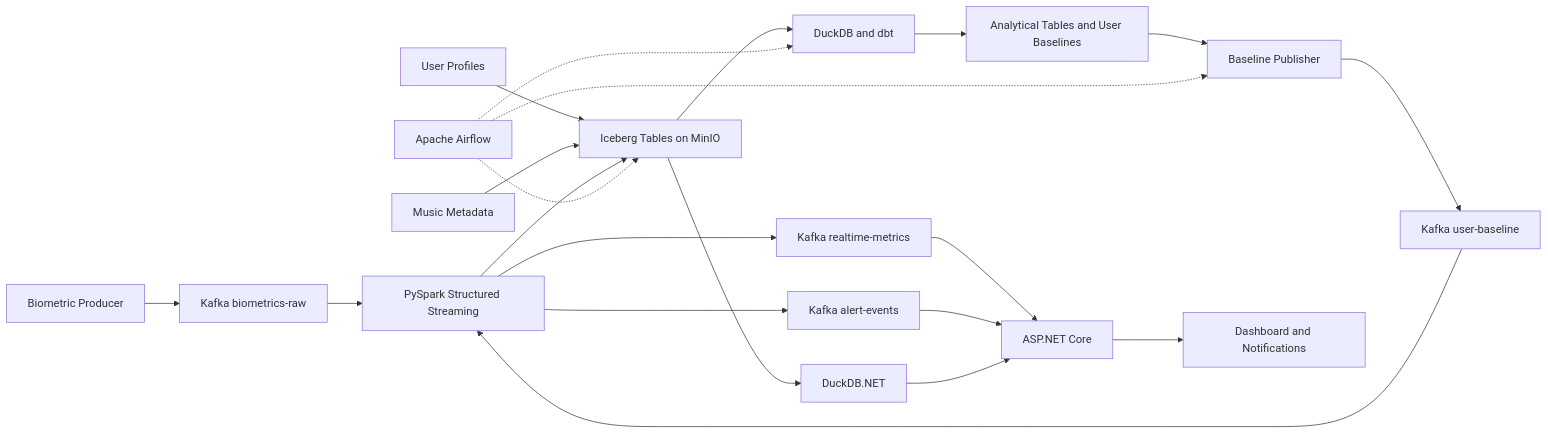
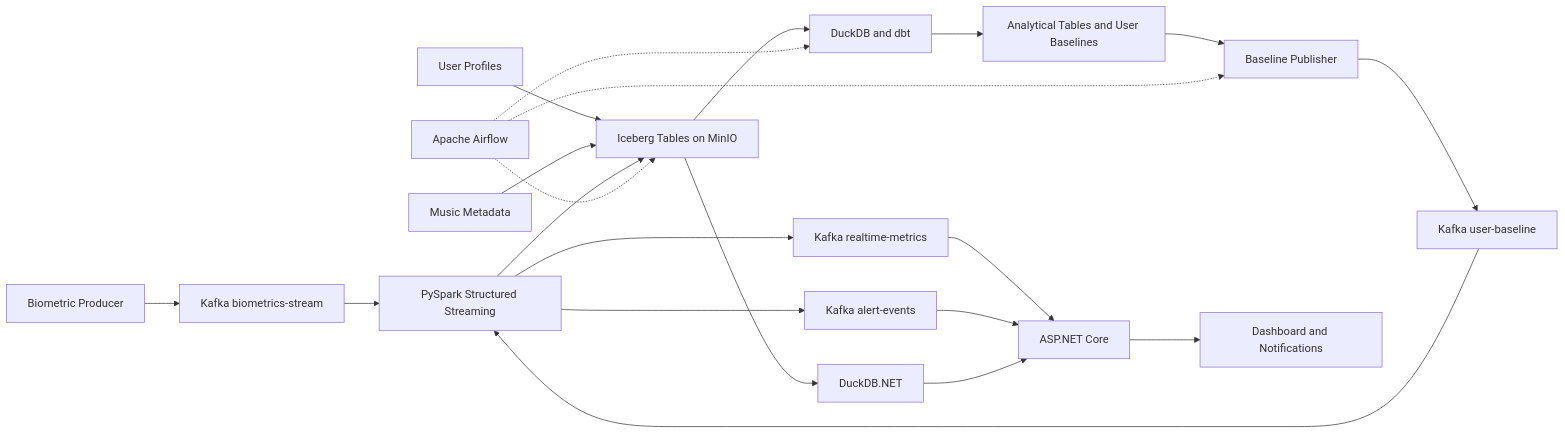
The diagram in README.md (Litaaya/Music_Biometrics), drawn with Mermaid before and after one commit. The commit also changed other lines of this file, not shown here.

````diff
--- a/README.md
+++ b/README.md
@@ -111,29 +111,29 @@
 ```mermaid
 graph LR
-    A1["Biometric Producer"] --> B1["Kafka biometrics-raw"]
+    A1["Biometric Producer"] --> B1["Kafka biometrics-stream"]
     A2["User Profiles"] --> D1["Iceberg Tables on MinIO"]
     A3["Music Metadata"] --> D1
 
     B1 --> C1["PySpark Structured Streaming"]
     C1 --> D1
     C1 --> B2["Kafka realtime-metrics"]
     C1 --> B3["Kafka alert-events"]
 
     D1 --> E1["DuckDB and dbt"]
     E1 --> D2["Analytical Tables and User Baselines"]
 
     D2 --> F1["Baseline Publisher"]
     F1 --> B4["Kafka user-baseline"]
     B4 --> C1
 
     B2 --> G1["ASP.NET Core"]
     B3 --> G1
     G1 --> H1["Dashboard and Notifications"]
 
     D1 --> G2["DuckDB.NET"]
     G2 --> G1
 
     I1["Apache Airflow"] -.-> E1
     I1 -.-> F1
     I1 -.-> D1
 ```
````
